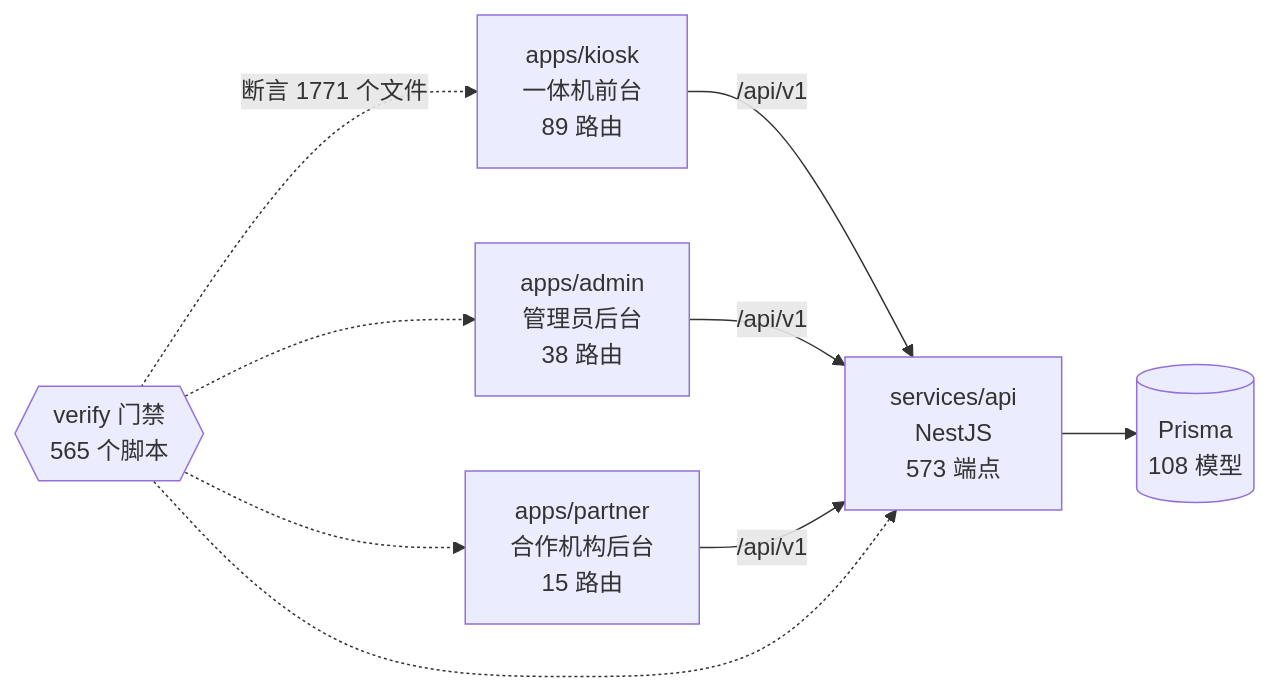
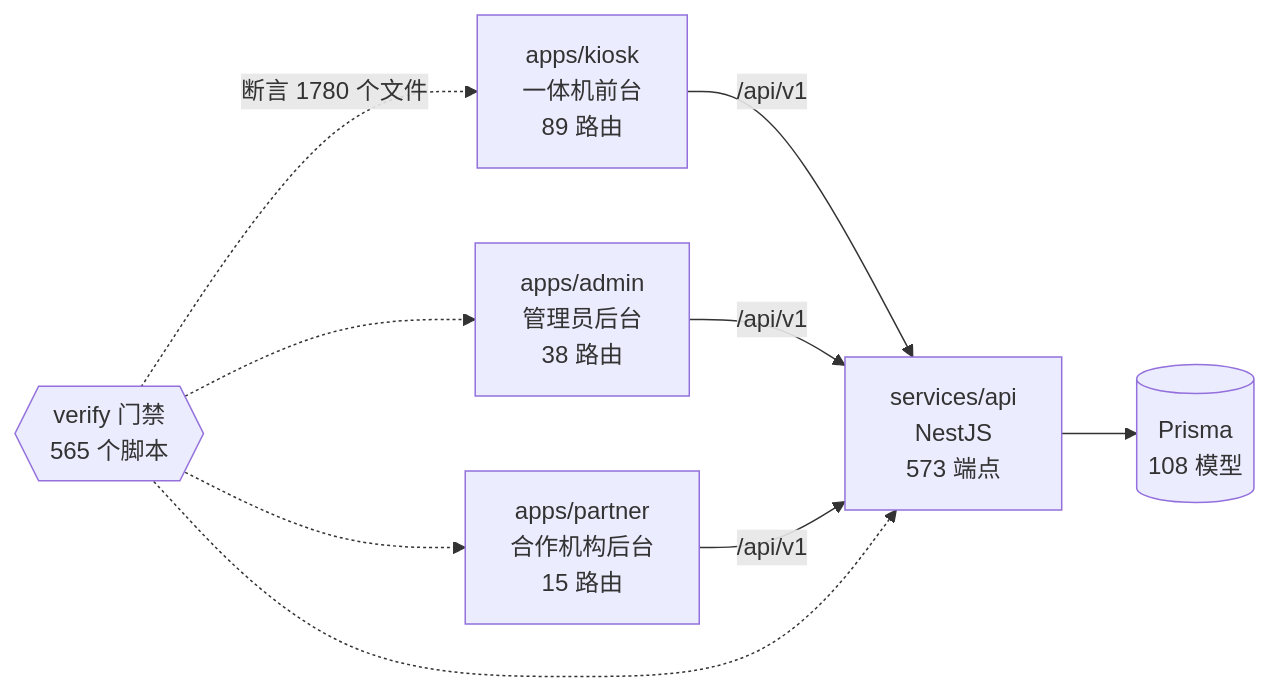
Before and after one commit to wanglei581/YITIJI: the diagram in docs/graph/README.md, drawn with Mermaid. The commit also changed other lines of this file and 41 other files, not shown here.

````diff
--- a/docs/graph/README.md
+++ b/docs/graph/README.md
@@ -68,18 +68,18 @@
 ```mermaid
 flowchart LR
   kiosk["apps/kiosk<br/>一体机前台<br/>89 路由"]
   admin["apps/admin<br/>管理员后台<br/>38 路由"]
   partner["apps/partner<br/>合作机构后台<br/>15 路由"]
   api["services/api<br/>NestJS<br/>573 端点"]
   db[("Prisma<br/>108 模型")]
   gates{{"verify 门禁<br/>565 个脚本"}}
 
   kiosk -->|"/api/v1"| api
   admin -->|"/api/v1"| api
   partner -->|"/api/v1"| api
   api --> db
-  gates -.->|"断言 1771 个文件"| kiosk
+  gates -.->|"断言 1780 个文件"| kiosk
   gates -.-> admin
   gates -.-> partner
   gates -.-> api
 ```
````
